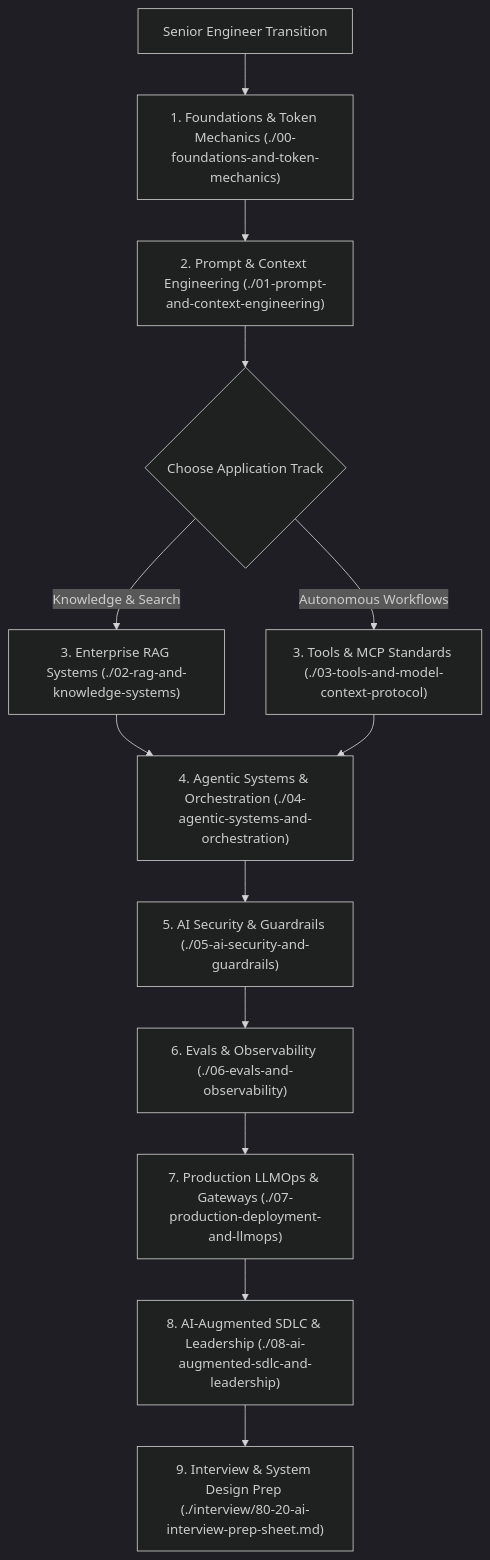
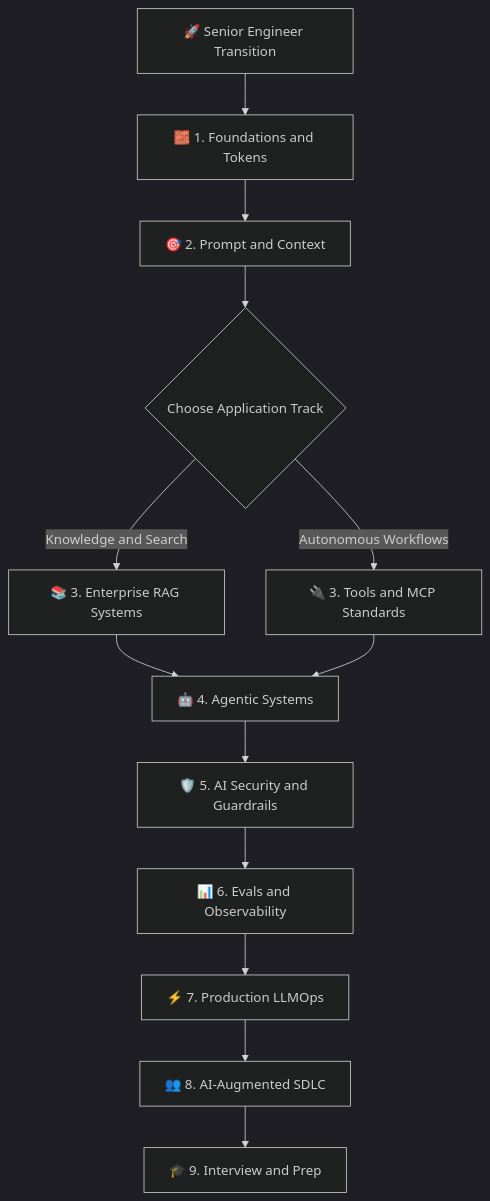
The third of 4 diagrams in senior-transition-guide.md (dip4k/senior-engineer-to-ai-engineer-roadmap), drawn with Mermaid (dark theme) before and after one commit. The commit also changed other lines of this file and 94 other files, not shown here.

Commit message:
refactor(curriculum): complete Phase 04 upgrade and enforce diagram renderer invariants

````diff
--- a/senior-transition-guide.md
+++ b/senior-transition-guide.md
@@ -156,18 +154,18 @@
 ```mermaid
 flowchart TD
-    Start["Senior Engineer Transition"] --> P0["1. Foundations & Token Mechanics (./00-foundations-and-token-mechanics)"]
-    P0 --> P1["2. Prompt & Context Engineering (./01-prompt-and-context-engineering)"]
+    Start["🚀 Senior Engineer Transition"] --> P0["🧱 1. Foundations and Tokens"]
+    P0 --> P1["🎯 2. Prompt and Context"]
     P1 --> Branch{"Choose Application Track"}
     
-    Branch -- "Knowledge & Search" --> P2["3. Enterprise RAG Systems (./02-rag-and-knowledge-systems)"]
-    Branch -- "Autonomous Workflows" --> P3["3. Tools & MCP Standards (./03-tools-and-model-context-protocol)"]
+    Branch -- "Knowledge and Search" --> P2["📚 3. Enterprise RAG Systems"]
+    Branch -- "Autonomous Workflows" --> P3["🔌 3. Tools and MCP Standards"]
     
-    P2 --> P4["4. Agentic Systems & Orchestration (./04-agentic-systems-and-orchestration)"]
+    P2 --> P4["🤖 4. Agentic Systems"]
     P3 --> P4
     
-    P4 --> P5["5. AI Security & Guardrails (./05-ai-security-and-guardrails)"]
-    P5 --> P6["6. Evals & Observability (./06-evals-and-observability)"]
-    P6 --> P7["7. Production LLMOps & Gateways (./07-production-deployment-and-llmops)"]
-    P7 --> P8["8. AI-Augmented SDLC & Leadership (./08-ai-augmented-sdlc-and-leadership)"]
-    P8 --> Prep["9. Interview & System Design Prep (./interview/80-20-ai-interview-prep-sheet.md)"]
+    P4 --> P5["🛡️ 5. AI Security and Guardrails"]
+    P5 --> P6["📊 6. Evals and Observability"]
+    P6 --> P7["⚡ 7. Production LLMOps"]
+    P7 --> P8["👥 8. AI-Augmented SDLC"]
+    P8 --> Prep["🎓 9. Interview and Prep"]
 ```
````
